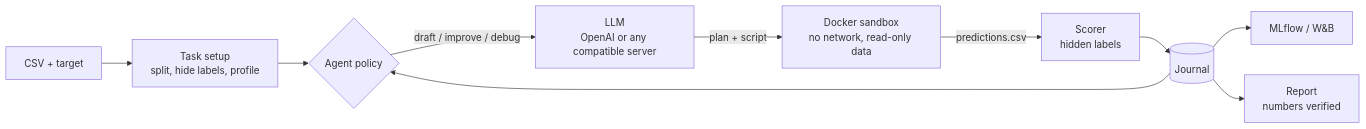
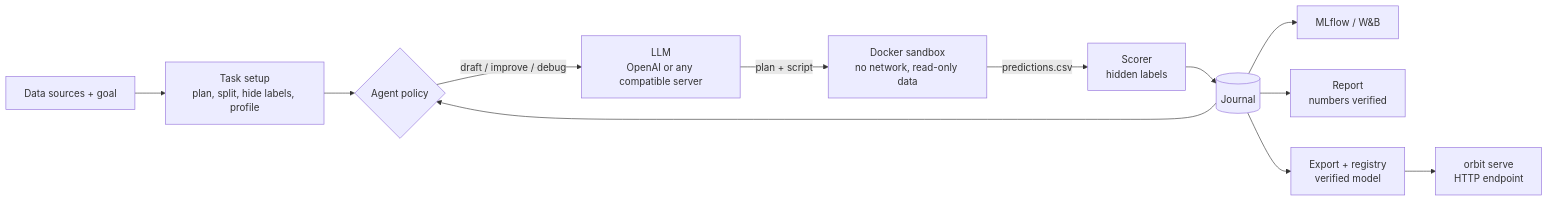
One commit to dsadulla1/orbit-ml changed the diagram in README.md. Above: the diagram before and after it, drawn with Mermaid. The commit also changed other lines of this file and 1 other file, not shown here.

````diff
--- a/README.md
+++ b/README.md
@@ -20,12 +39,14 @@
 ```mermaid
 flowchart LR
-    CSV[CSV + target] --> T[Task setup<br/>split, hide labels, profile]
+    D[Data sources + goal] --> T[Task setup<br/>plan, split, hide labels, profile]
     T --> A{Agent policy}
     A -- draft / improve / debug --> L[LLM<br/>OpenAI or any compatible server]
     L -- plan + script --> S[Docker sandbox<br/>no network, read-only data]
     S -- predictions.csv --> SC[Scorer<br/>hidden labels]
     SC --> J[(Journal)]
     J --> A
     J --> TR[MLflow / W&B]
     J --> R[Report<br/>numbers verified]
+    J --> E[Export + registry<br/>verified model]
+    E --> SV[orbit serve<br/>HTTP endpoint]
 ```
````
